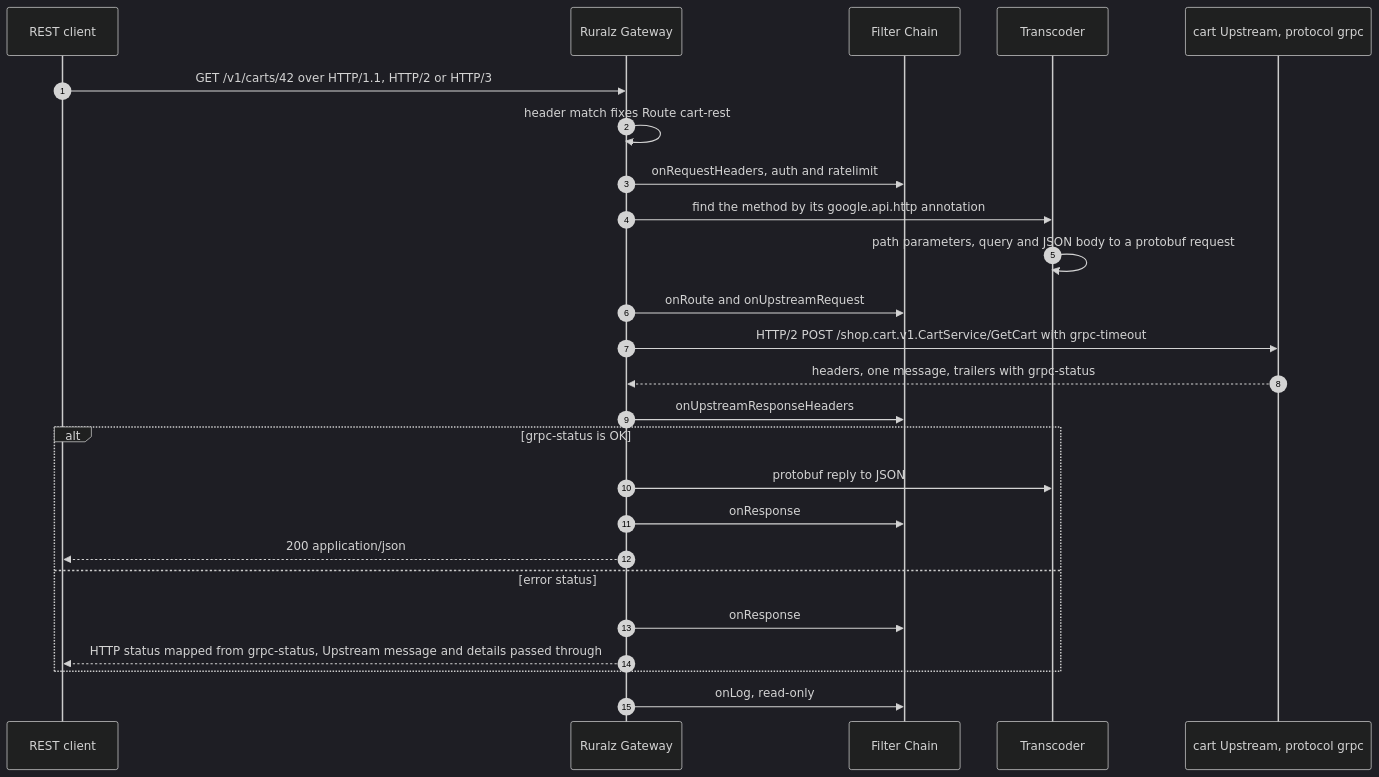
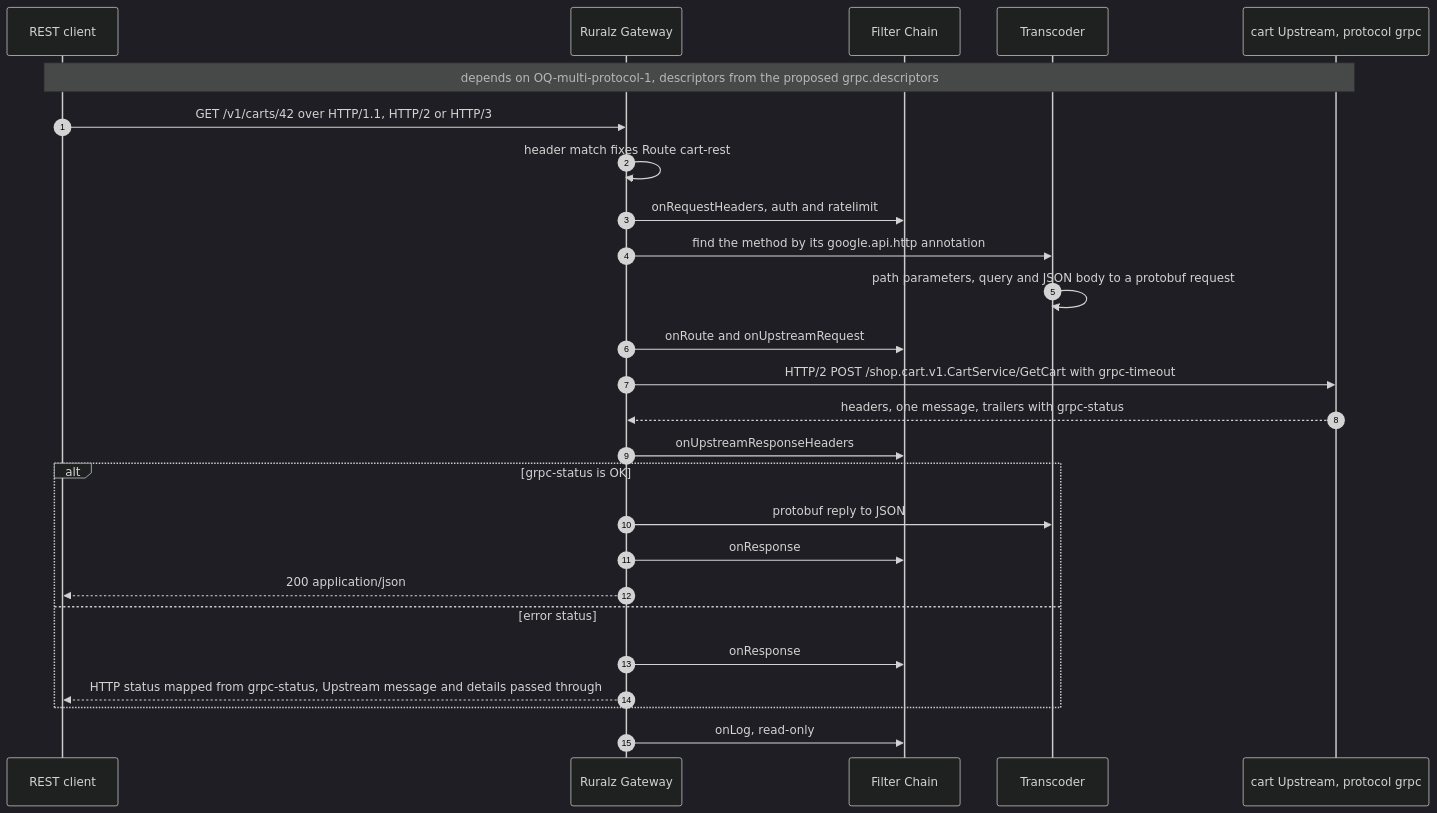
Before and after one commit to ravindu-rev/ruralz: the first of 4 diagrams in docs/architecture/07-multi-protocol.md, drawn with Mermaid (dark theme). The commit also changed other lines of this file and 26 other files, not shown here.

````diff
--- a/docs/architecture/07-multi-protocol.md
+++ b/docs/architecture/07-multi-protocol.md
@@ -157,27 +176,28 @@
 ```mermaid
 sequenceDiagram
     autonumber
     participant C as REST client
     participant GW as Ruralz Gateway
     participant FC as Filter Chain
     participant TC as Transcoder
     participant UP as cart Upstream, protocol grpc
+    Note over C,UP: depends on OQ-multi-protocol-1, descriptors from the proposed grpc.descriptors
     C->>GW: GET /v1/carts/42 over HTTP/1.1, HTTP/2 or HTTP/3
     GW->>GW: header match fixes Route cart-rest
     GW->>FC: onRequestHeaders, auth and ratelimit
     GW->>TC: find the method by its google.api.http annotation
     TC->>TC: path parameters, query and JSON body to a protobuf request
     GW->>FC: onRoute and onUpstreamRequest
     GW->>UP: HTTP/2 POST /shop.cart.v1.CartService/GetCart with grpc-timeout
     UP-->>GW: headers, one message, trailers with grpc-status
     GW->>FC: onUpstreamResponseHeaders
     alt grpc-status is OK
         GW->>TC: protobuf reply to JSON
         GW->>FC: onResponse
         GW-->>C: 200 application/json
     else error status
         GW->>FC: onResponse
         GW-->>C: HTTP status mapped from grpc-status, Upstream message and details passed through
     end
     GW->>FC: onLog, read-only
 ```
````
